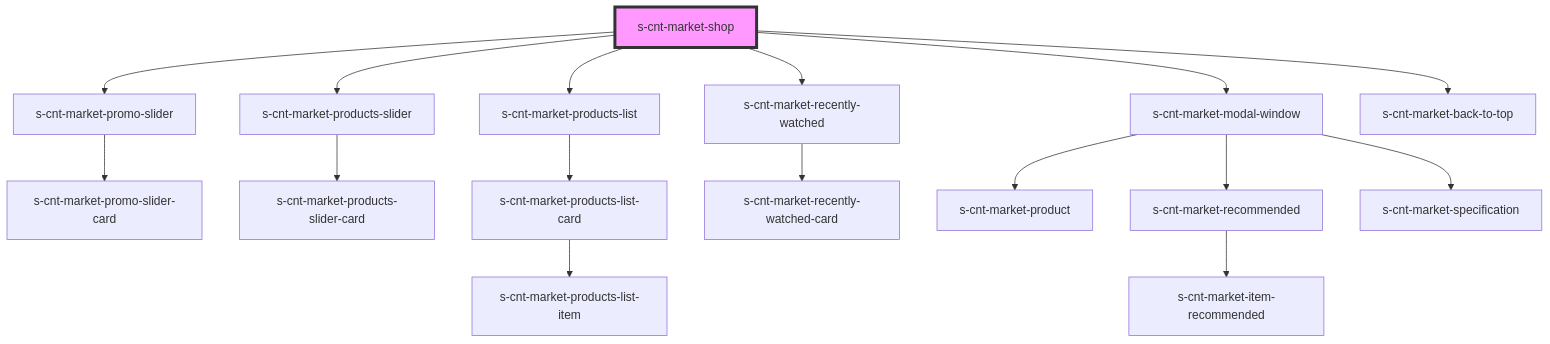
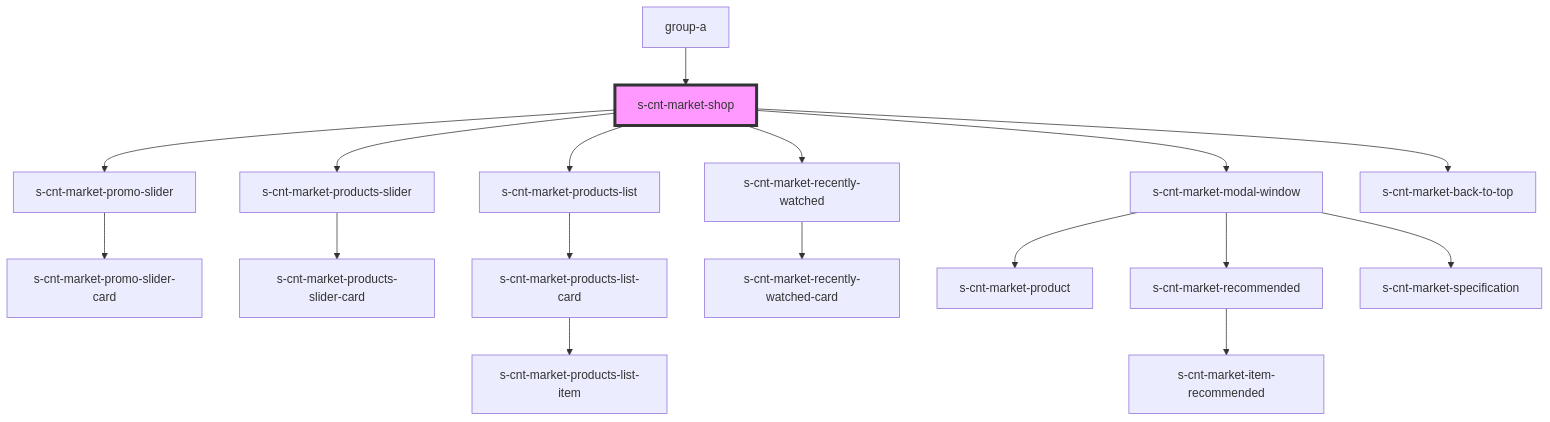
The diagram in src/components/group-a/res/view/s-cnt-market-shop/readme.md (saqhan/stencil-market), drawn with Mermaid before and after one commit. The commit also changed other lines of this file and 25 other files, not shown here.

````diff
--- a/src/components/group-a/res/view/s-cnt-market-shop/readme.md
+++ b/src/components/group-a/res/view/s-cnt-market-shop/readme.md
@@ -20,19 +24,20 @@
 ```mermaid
 graph TD;
   s-cnt-market-shop --> s-cnt-market-promo-slider
   s-cnt-market-shop --> s-cnt-market-products-slider
   s-cnt-market-shop --> s-cnt-market-products-list
   s-cnt-market-shop --> s-cnt-market-recently-watched
   s-cnt-market-shop --> s-cnt-market-modal-window
   s-cnt-market-shop --> s-cnt-market-back-to-top
   s-cnt-market-promo-slider --> s-cnt-market-promo-slider-card
   s-cnt-market-products-slider --> s-cnt-market-products-slider-card
   s-cnt-market-products-list --> s-cnt-market-products-list-card
   s-cnt-market-products-list-card --> s-cnt-market-products-list-item
   s-cnt-market-recently-watched --> s-cnt-market-recently-watched-card
   s-cnt-market-modal-window --> s-cnt-market-product
   s-cnt-market-modal-window --> s-cnt-market-recommended
   s-cnt-market-modal-window --> s-cnt-market-specification
   s-cnt-market-recommended --> s-cnt-market-item-recommended
+  group-a --> s-cnt-market-shop
   style s-cnt-market-shop fill:#f9f,stroke:#333,stroke-width:4px
 ```
````
